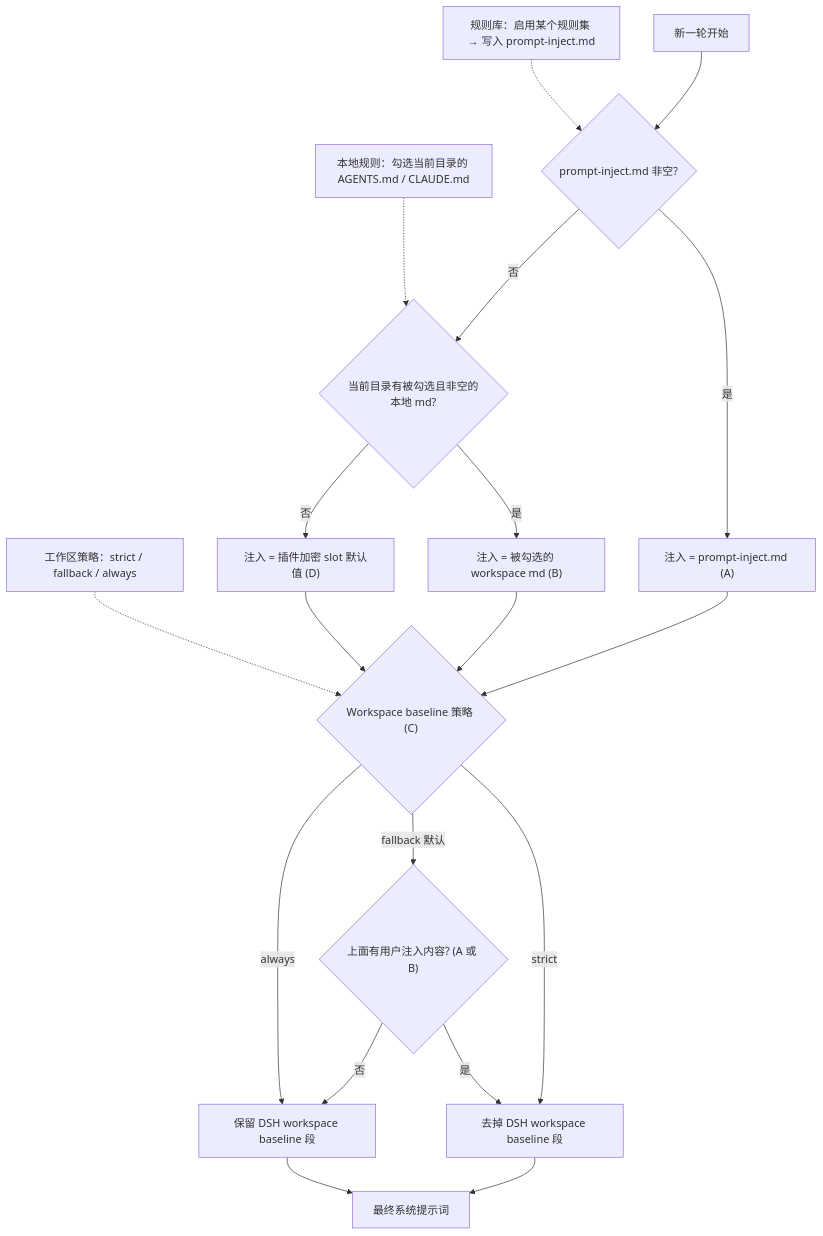
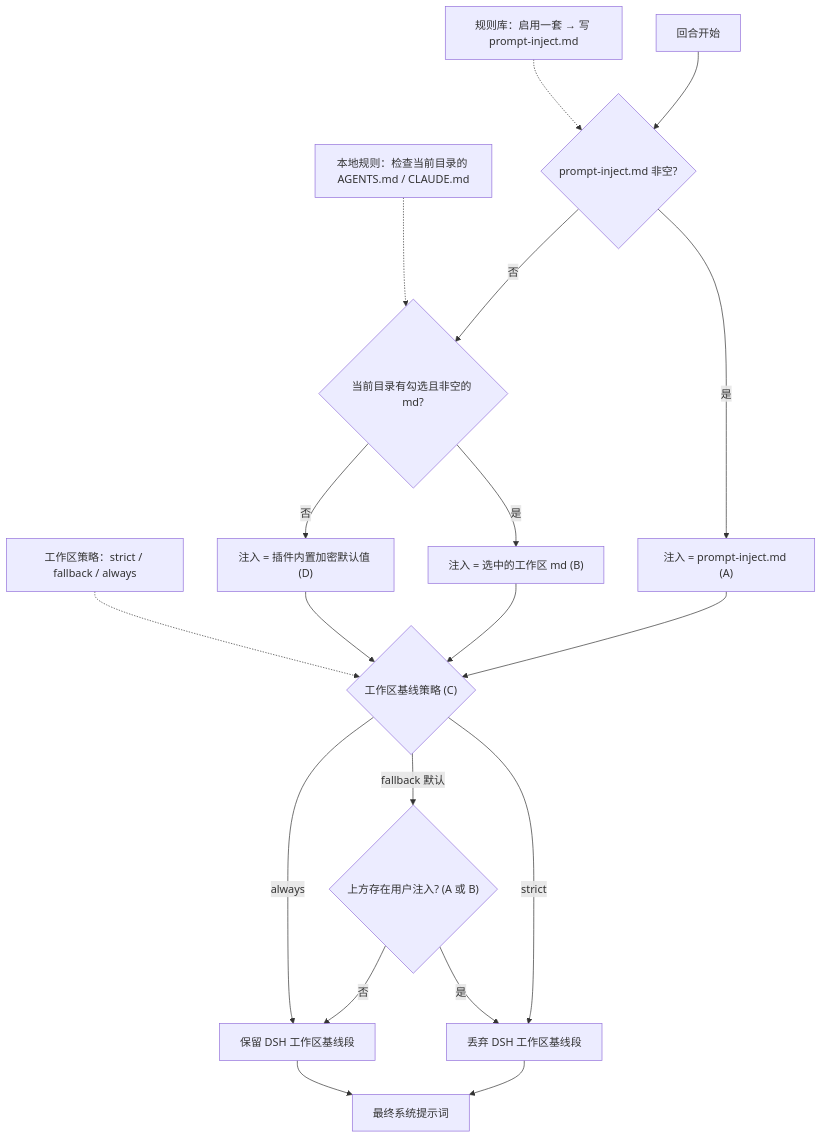
Before and after one commit to yuan-dev39/dsh-purge-unrestricted: the first of 2 diagrams in README.zh-CN.md, drawn with Mermaid. The commit also changed other lines of this file and 1 other file, not shown here.

````diff
--- a/README.zh-CN.md
+++ b/README.zh-CN.md
@@ -539,26 +310,26 @@
 ```mermaid
 flowchart TD
-  L["规则库：启用某个规则集 → 写入 prompt-inject.md"]
-  W["本地规则：勾选当前目录的 AGENTS.md / CLAUDE.md"]
+  L["规则库：启用一套 → 写 prompt-inject.md"]
+  W["本地规则：检查当前目录的 AGENTS.md / CLAUDE.md"]
   P["工作区策略：strict / fallback / always"]
 
-  A["新一轮开始"] --> B{"prompt-inject.md 非空?"}
+  A["回合开始"] --> B{"prompt-inject.md 非空?"}
   B -->|是| C["注入 = prompt-inject.md (A)"]
-  B -->|否| D{"当前目录有被勾选且非空的本地 md?"}
-  D -->|是| E["注入 = 被勾选的 workspace md (B)"]
-  D -->|否| F["注入 = 插件加密 slot 默认值 (D)"]
-  C --> G{"Workspace baseline 策略 (C)"}
+  B -->|否| D{"当前目录有勾选且非空的 md?"}
+  D -->|是| E["注入 = 选中的工作区 md (B)"]
+  D -->|否| F["注入 = 插件内置加密默认值 (D)"]
+  C --> G{"工作区基线策略 (C)"}
   E --> G
   F --> G
-  G -->|strict| H["去掉 DSH workspace baseline 段"]
-  G -->|fallback 默认| I{"上面有用户注入内容? (A 或 B)"}
-  G -->|always| J["保留 DSH workspace baseline 段"]
+  G -->|strict| H["丢弃 DSH 工作区基线段"]
+  G -->|fallback 默认| I{"上方存在用户注入? (A 或 B)"}
+  G -->|always| J["保留 DSH 工作区基线段"]
   I -->|是| H
   I -->|否| J
   H --> K["最终系统提示词"]
   J --> K
 
   L -.-> B
   W -.-> D
   P -.-> G
 ```
````
